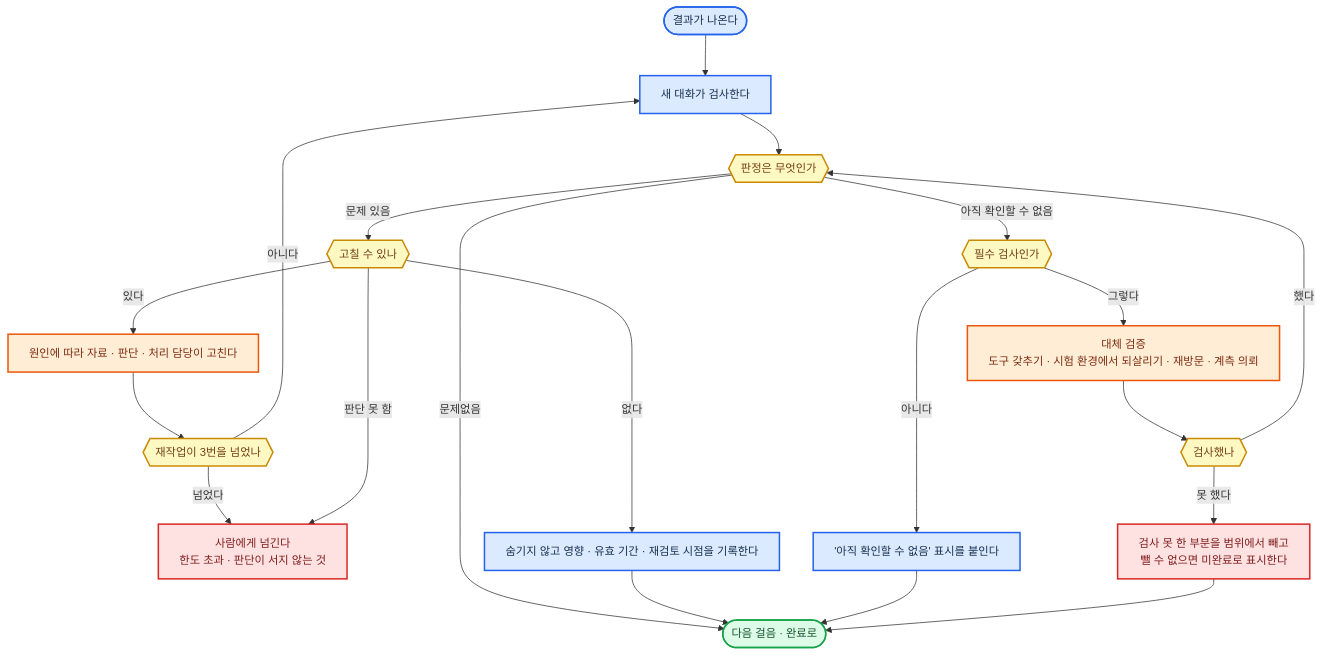
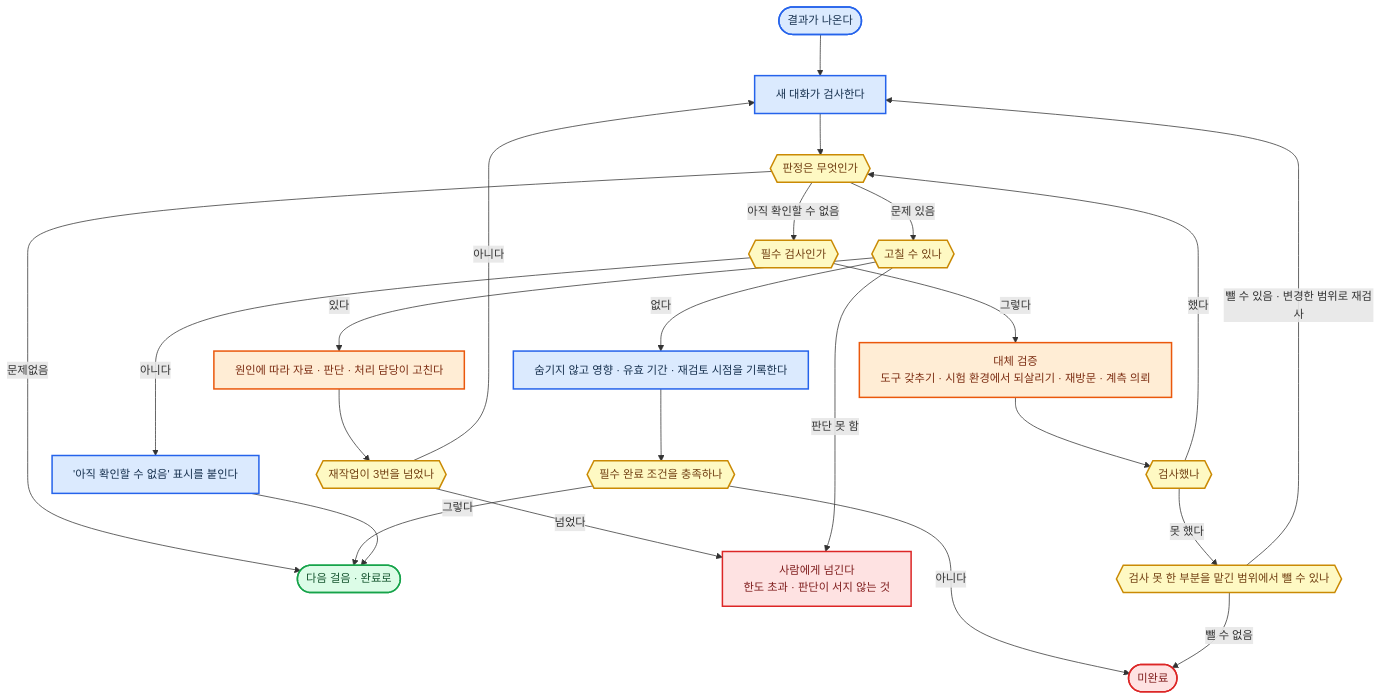
Before and after one commit to harisbaguette/expert: diagram 22 of 26 in 전문가 에이전트 정의 2.md, drawn with Mermaid. The commit also changed other lines of this file and 17 other files, not shown here.

````diff
--- a/전문가 에이전트 정의 2.md
+++ b/전문가 에이전트 정의 2.md
@@ -3956,22 +3966,26 @@
 ```mermaid
 %%{init: {"flowchart": {"wrappingWidth": 640, "curve": "basis", "nodeSpacing": 45, "rankSpacing": 55, "padding": 14, "useMaxWidth": true}, "themeVariables": {"fontSize": "15px"}} }%%
 flowchart TB
     S(["결과가 나온다"]):::main --> CHK["새 대화가 검사한다"]:::main --> V{{"판정은 무엇인가"}}:::note
     V -- "문제없음" --> OK(["다음 걸음 · 완료로"]):::good
     V -- "문제 있음" --> FQ{{"고칠 수 있나"}}:::note
     FQ -- "있다" --> FIX["원인에 따라 자료 · 판단 · 처리 담당이 고친다"]:::back --> N{{"재작업이 3번을 넘었나"}}:::note
     N -- "아니다" --> CHK
     N -- "넘었다" --> H["사람에게 넘긴다<br/>한도 초과 · 판단이 서지 않는 것"]:::stop
     FQ -- "판단 못 함" --> H
-    FQ -- "없다" --> UNF["숨기지 않고 영향 · 유효 기간 · 재검토 시점을 기록한다"]:::main --> OK
+    FQ -- "없다" --> UNF["숨기지 않고 영향 · 유효 기간 · 재검토 시점을 기록한다"]:::main --> DONE{{"필수 완료 조건을 충족하나"}}:::note
+    DONE -- "그렇다" --> OK
+    DONE -- "아니다" --> INC(["미완료"]):::stop
     V -- "아직 확인할 수 없음" --> M{{"필수 검사인가"}}:::note
     M -- "아니다" --> MARK["'아직 확인할 수 없음' 표시를 붙인다"]:::main --> OK
     M -- "그렇다" --> ALT["대체 검증<br/>도구 갖추기 · 시험 환경에서 되살리기 · 재방문 · 계측 의뢰"]:::back --> AQ{{"검사했나"}}:::note
     AQ -- "했다" --> V
-    AQ -- "못 했다" --> CUT["검사 못 한 부분을 범위에서 빼고<br/>뺄 수 없으면 미완료로 표시한다"]:::stop --> OK
+    AQ -- "못 했다" --> CUT{{"검사 못 한 부분을 맡긴 범위에서 뺄 수 있나"}}:::note
+    CUT -- "뺄 수 있음 · 변경한 범위로 재검사" --> CHK
+    CUT -- "뺄 수 없음" --> INC
     classDef main fill:#dbeafe,stroke:#2563eb,stroke-width:2px,color:#17314f
     classDef stop fill:#fee2e2,stroke:#dc2626,stroke-width:2px,color:#7f1d1d
     classDef back fill:#ffedd5,stroke:#ea580c,stroke-width:2px,color:#7c2d12
     classDef good fill:#dcfce7,stroke:#16a34a,stroke-width:2px,color:#14532d
     classDef note fill:#fef9c3,stroke:#ca8a04,stroke-width:2px,color:#713f12
 ```
````
